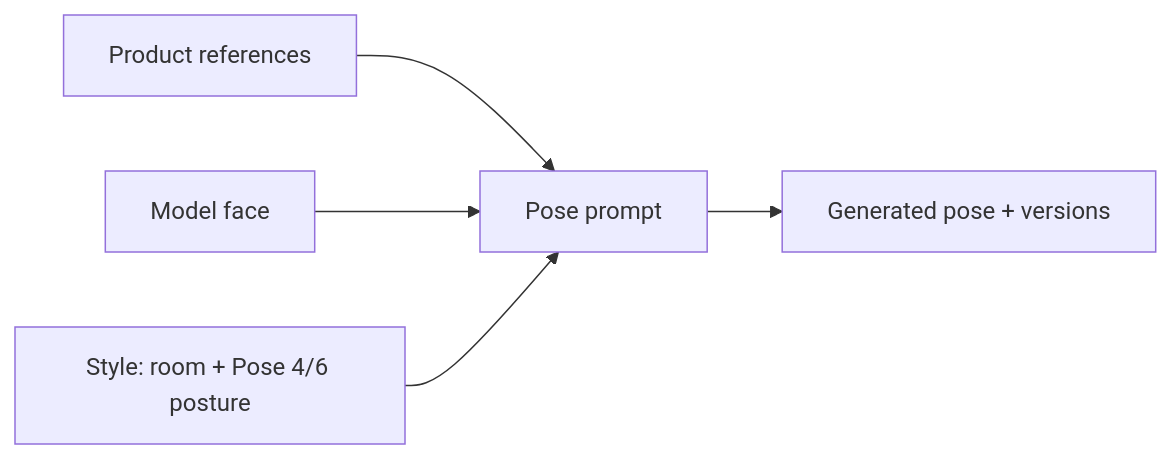
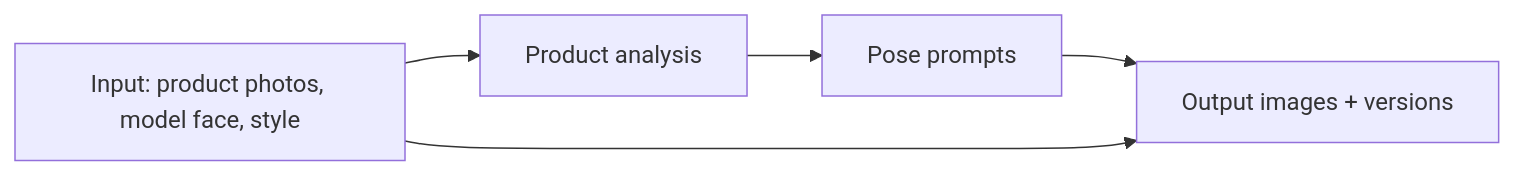
The diagram in youthnic-ai-studio-docs/history/inspect-generation-flow.mdx (pawanshukla500/aistudio-youthnic), drawn with Mermaid before and after one commit. The commit also changed other lines of this file and 22 other files, not shown here.

````diff
--- a/youthnic-ai-studio-docs/history/inspect-generation-flow.mdx
+++ b/youthnic-ai-studio-docs/history/inspect-generation-flow.mdx
@@ -12,7 +12,7 @@
 ```mermaid
 graph LR
-    A[Product references] --> D[Pose prompt]
-    B[Model face] --> D
-    C[Style: room + Pose 4/6 posture] --> D
-    D --> E[Generated pose + versions]
+    A[Input: product photos, model face, style] --> B[Product analysis]
+    B --> C[Pose prompts]
+    C --> D[Output images + versions]
+    A --> D
 ```
````
